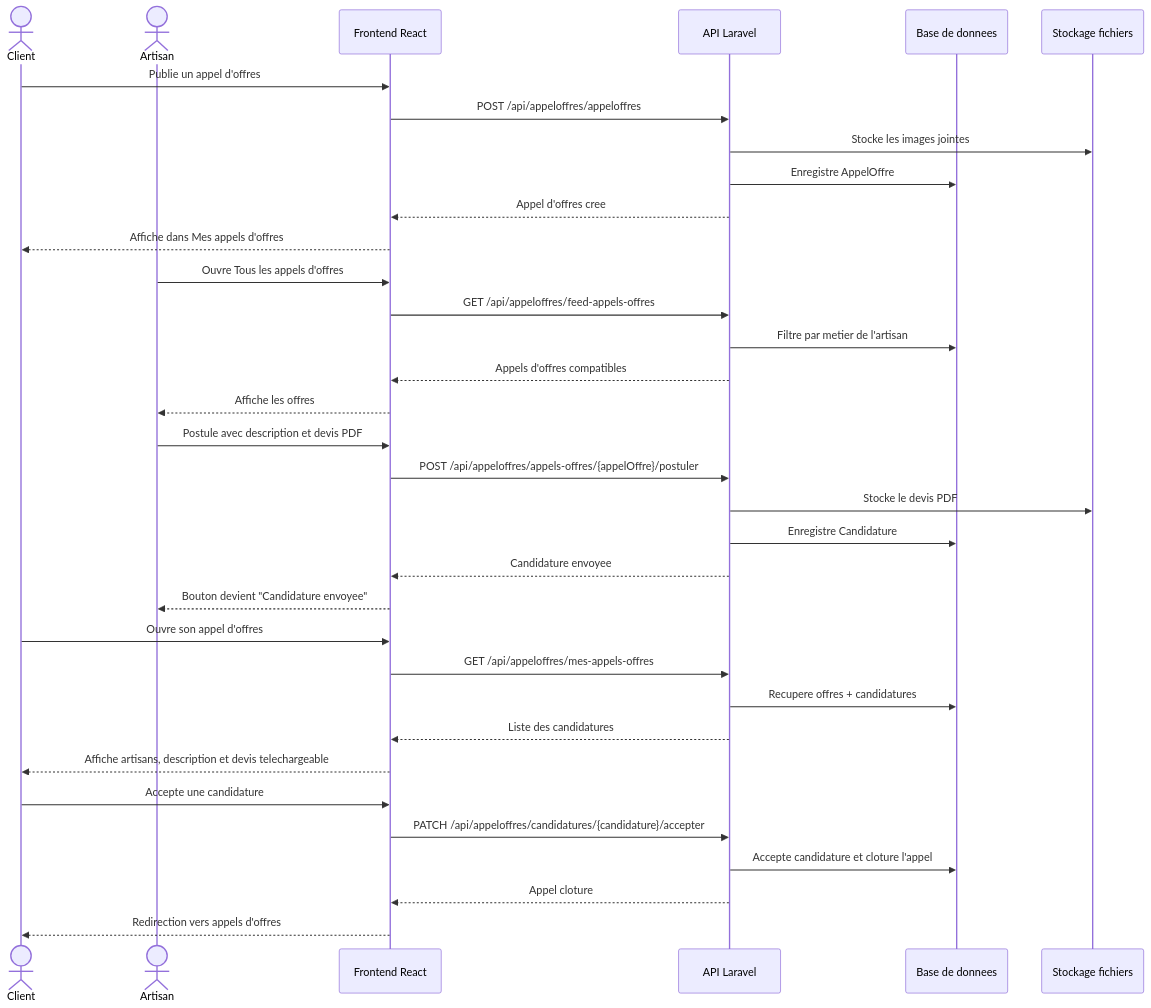
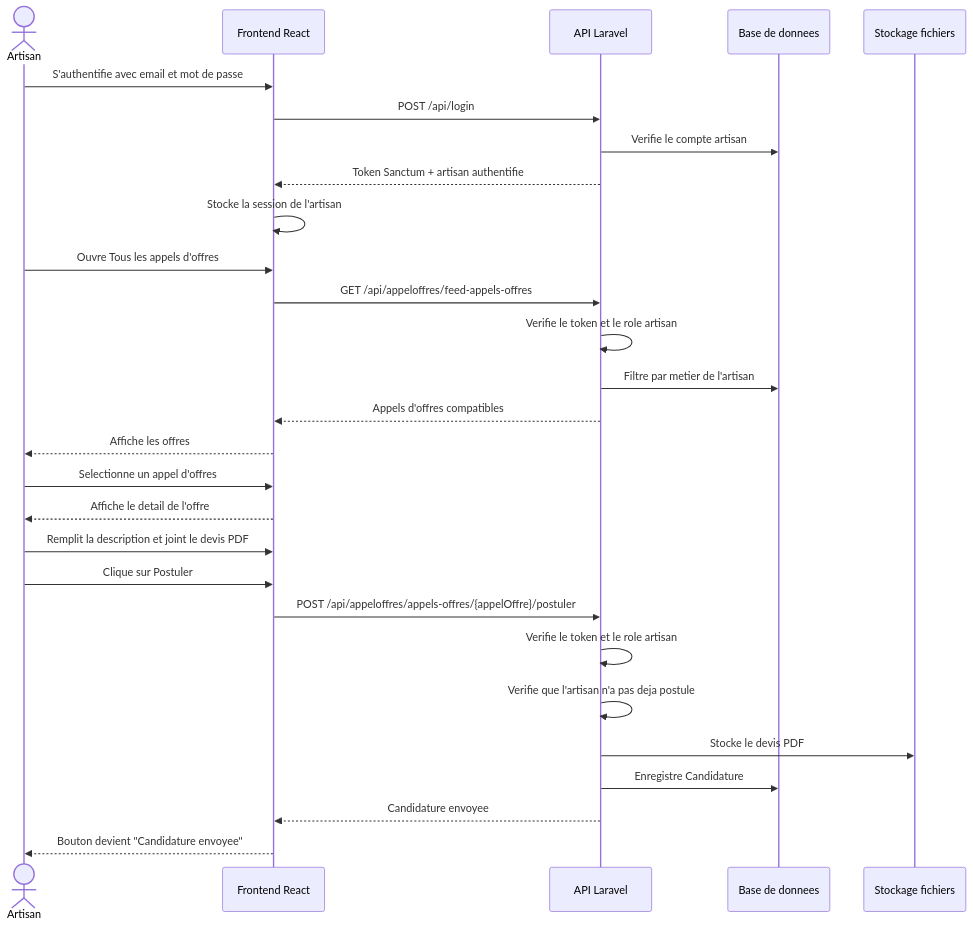
The sixth of 11 diagrams in UML/diagrammes-sequence.md (Exauce13/fya-front-end), drawn with Mermaid before and after one commit. The commit also changed other lines of this file and 9 other files, not shown here.

````diff
--- a/UML/diagrammes-sequence.md
+++ b/UML/diagrammes-sequence.md
@@ -134,41 +161,33 @@
 ```mermaid
 sequenceDiagram
-    actor C as Client
     actor A as Artisan
     participant F as Frontend React
     participant API as API Laravel
     participant DB as Base de donnees
     participant Storage as Stockage fichiers
 
-    C->>F: Publie un appel d'offres
-    F->>API: POST /api/appeloffres/appeloffres
-    API->>Storage: Stocke les images jointes
-    API->>DB: Enregistre AppelOffre
-    API-->>F: Appel d'offres cree
-    F-->>C: Affiche dans Mes appels d'offres
+    A->>F: S'authentifie avec email et mot de passe
+    F->>API: POST /api/login
+    API->>DB: Verifie le compte artisan
+    API-->>F: Token Sanctum + artisan authentifie
+    F->>F: Stocke la session de l'artisan
 
     A->>F: Ouvre Tous les appels d'offres
     F->>API: GET /api/appeloffres/feed-appels-offres
+    API->>API: Verifie le token et le role artisan
     API->>DB: Filtre par metier de l'artisan
     API-->>F: Appels d'offres compatibles
     F-->>A: Affiche les offres
 
-    A->>F: Postule avec description et devis PDF
+    A->>F: Selectionne un appel d'offres
+    F-->>A: Affiche le detail de l'offre
+    A->>F: Remplit la description et joint le devis PDF
+    A->>F: Clique sur Postuler
     F->>API: POST /api/appeloffres/appels-offres/{appelOffre}/postuler
+    API->>API: Verifie le token et le role artisan
+    API->>API: Verifie que l'artisan n'a pas deja postule
     API->>Storage: Stocke le devis PDF
     API->>DB: Enregistre Candidature
     API-->>F: Candidature envoyee
     F-->>A: Bouton devient "Candidature envoyee"
-
-    C->>F: Ouvre son appel d'offres
-    F->>API: GET /api/appeloffres/mes-appels-offres
-    API->>DB: Recupere offres + candidatures
-    API-->>F: Liste des candidatures
-    F-->>C: Affiche artisans, description et devis telechargeable
-
-    C->>F: Accepte une candidature
-    F->>API: PATCH /api/appeloffres/candidatures/{candidature}/accepter
-    API->>DB: Accepte candidature et cloture l'appel
-    API-->>F: Appel cloture
-    F-->>C: Redirection vers appels d'offres
 ```
````
